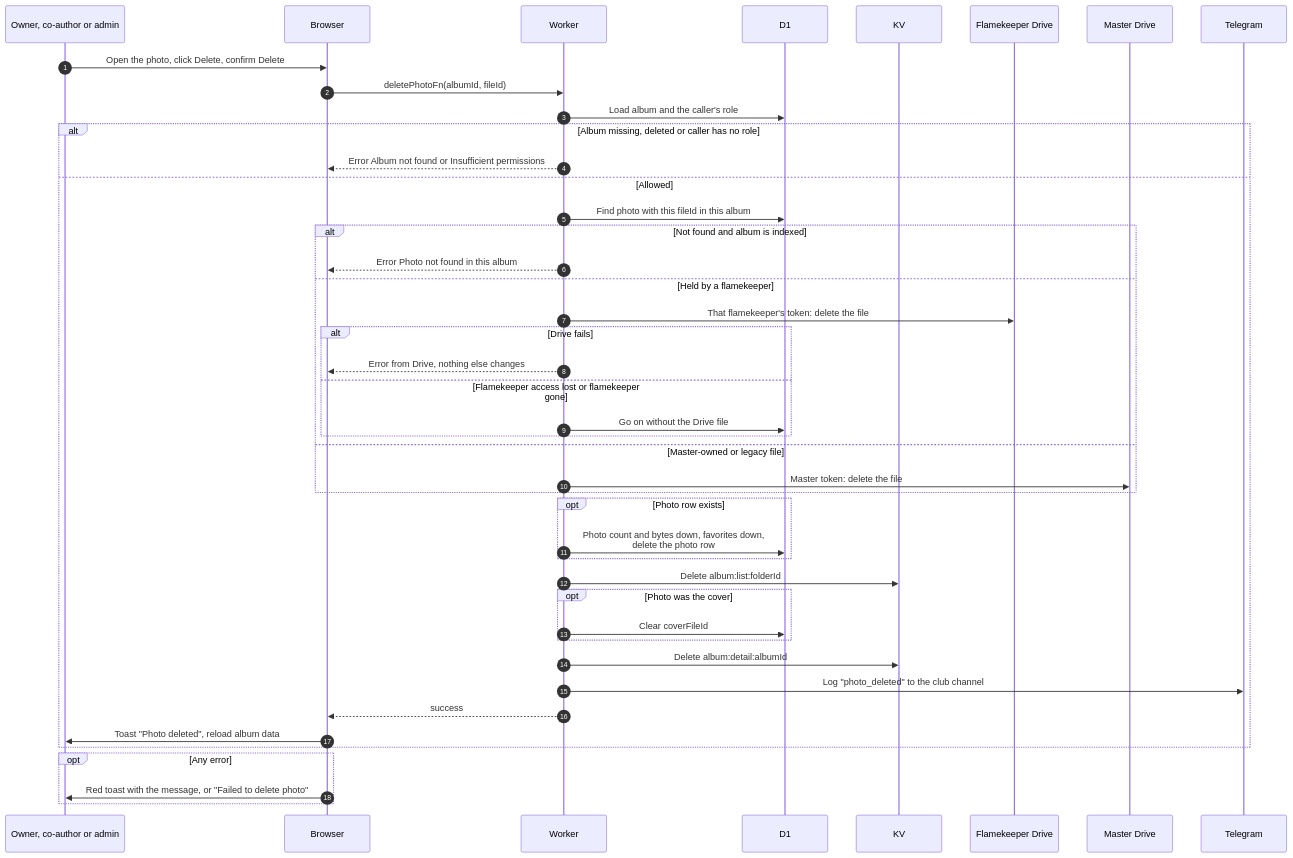
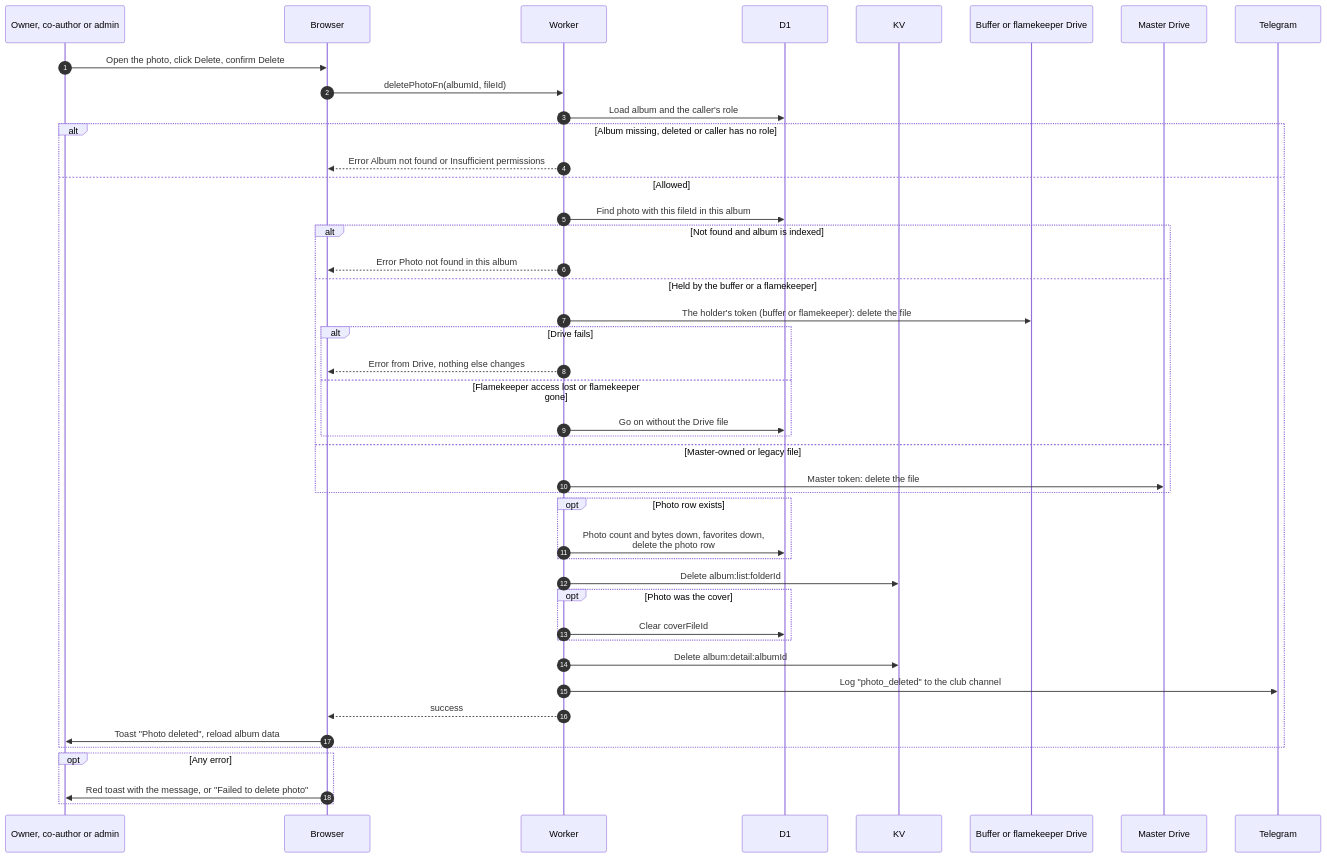
The diagram in docs/scenarios/albums/delete-photo.md (sagyzdop/meriksirat), drawn with Mermaid before and after one commit. The commit also changed other lines of this file and 32 other files, not shown here.

````diff
--- a/docs/scenarios/albums/delete-photo.md
+++ b/docs/scenarios/albums/delete-photo.md
@@ -15,46 +15,46 @@
 ```mermaid
 sequenceDiagram
     autonumber
     participant M as Owner, co-author or admin
     participant B as Browser
     participant W as Worker
     participant D as D1
     participant K as KV
-    participant F as Flamekeeper Drive
+    participant F as Buffer or flamekeeper Drive
     participant G as Master Drive
     participant T as Telegram
     M->>B: Open the photo, click Delete, confirm Delete
     B->>W: deletePhotoFn(albumId, fileId)
     W->>D: Load album and the caller's role
     alt Album missing, deleted or caller has no role
         W-->>B: Error Album not found or Insufficient permissions
     else Allowed
         W->>D: Find photo with this fileId in this album
         alt Not found and album is indexed
             W-->>B: Error Photo not found in this album
-        else Held by a flamekeeper
-            W->>F: That flamekeeper's token: delete the file
+        else Held by the buffer or a flamekeeper
+            W->>F: The holder's token (buffer or flamekeeper): delete the file
             alt Drive fails
                 W-->>B: Error from Drive, nothing else changes
             else Flamekeeper access lost or flamekeeper gone
                 W->>D: Go on without the Drive file
             end
         else Master-owned or legacy file
             W->>G: Master token: delete the file
         end
         opt Photo row exists
             W->>D: Photo count and bytes down, favorites down,<br/>delete the photo row
         end
         W->>K: Delete album:list:folderId
         opt Photo was the cover
             W->>D: Clear coverFileId
         end
         W->>K: Delete album:detail:albumId
         W->>T: Log "photo_deleted" to the club channel
         W-->>B: success
         B->>M: Toast "Photo deleted", reload album data
     end
     opt Any error
         B->>M: Red toast with the message, or "Failed to delete photo"
     end
 ```
````
